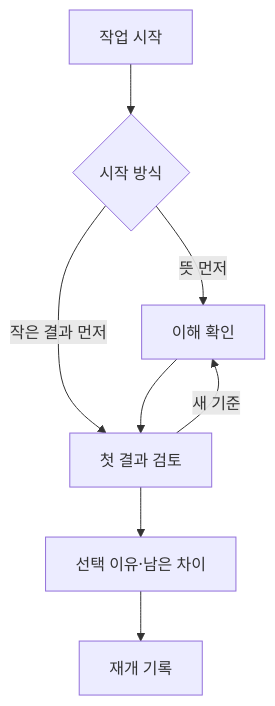
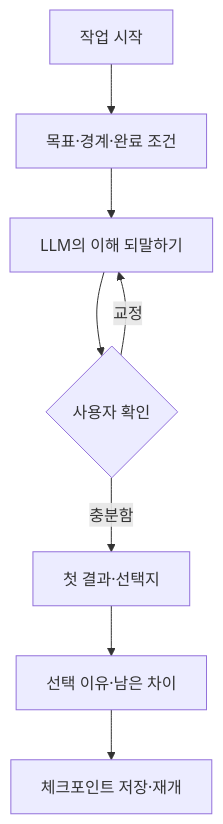
Before and after one commit to boundaryx01-uniquelife/orbit-philosophy: the diagram in tracks/product/PRODUCT_TRACK.md, drawn with Mermaid. The commit also changed other lines of this file and 11 other files, not shown here.

````diff
--- a/tracks/product/PRODUCT_TRACK.md
+++ b/tracks/product/PRODUCT_TRACK.md
@@ -39,10 +41,10 @@
 ```mermaid
 flowchart TD
-    A["작업 시작"] --> B{"시작 방식"}
-    B -->|"뜻 먼저"| C["이해 확인"]
-    B -->|"작은 결과 먼저"| D["첫 결과 검토"]
-    C --> D
-    D -->|"새 기준"| C
-    D --> E["선택 이유·남은 차이"]
-    E --> F["재개 기록"]
+    A["작업 시작"] --> B["목표·경계·완료 조건"]
+    B --> C["LLM의 이해 되말하기"]
+    C --> D{"사용자 확인"}
+    D -->|교정| C
+    D -->|충분함| E["첫 결과·선택지"]
+    E --> F["선택 이유·남은 차이"]
+    F --> G["체크포인트 저장·재개"]
 ```
````
